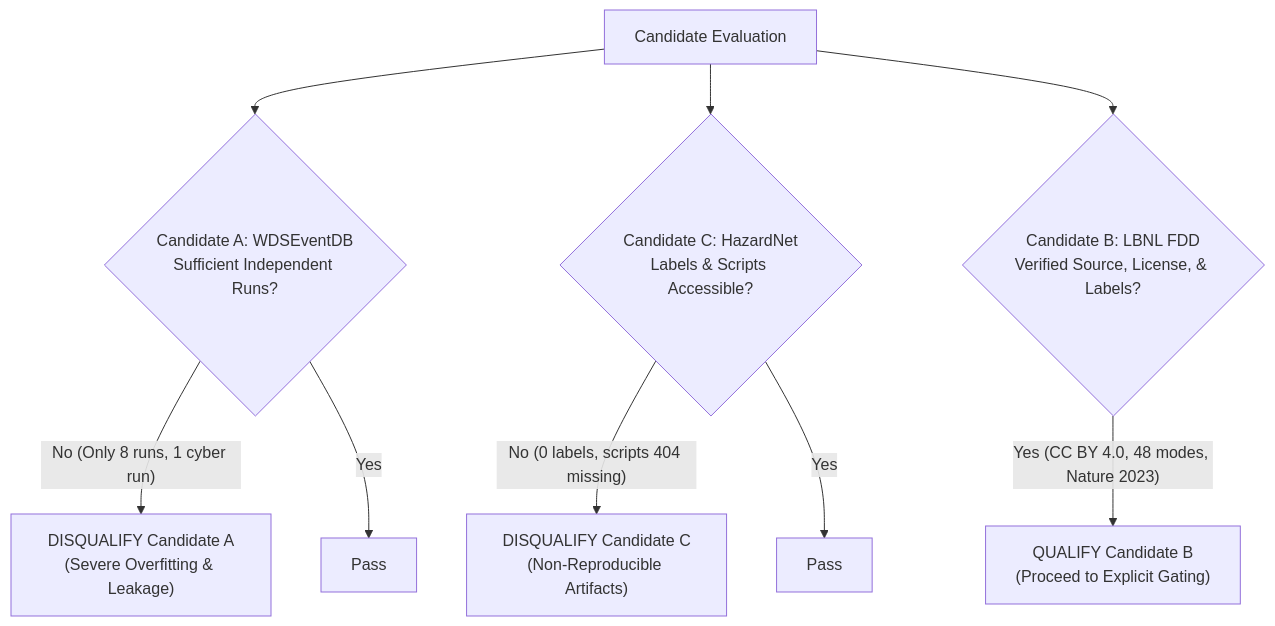
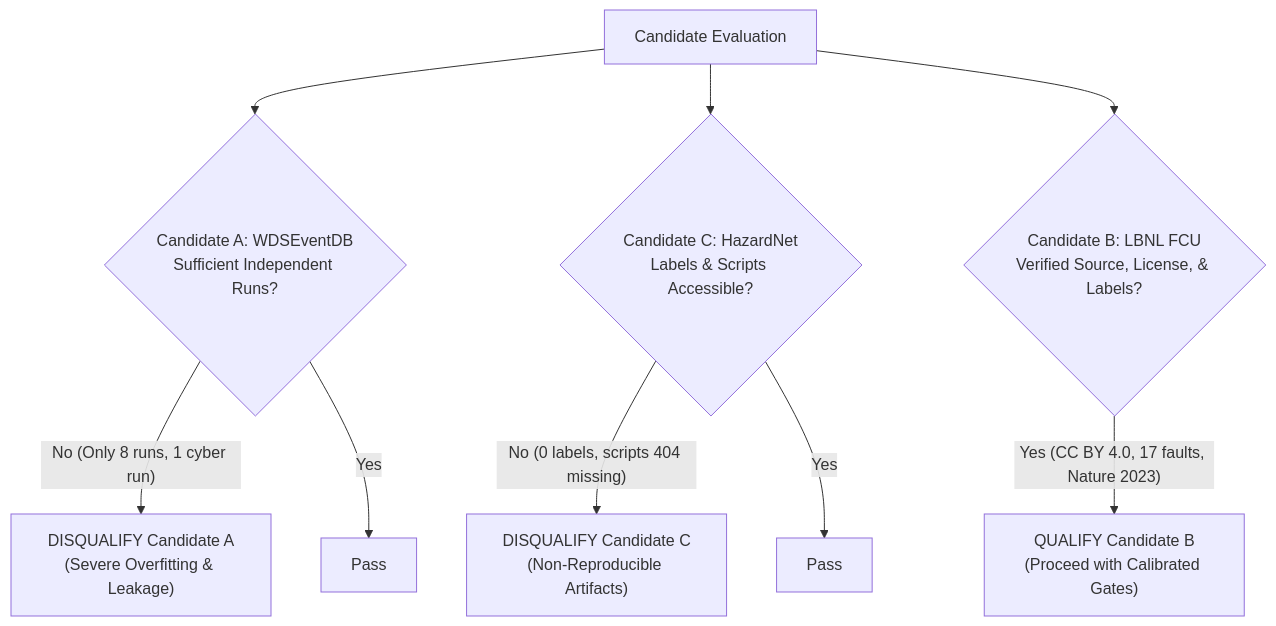
The diagram in validation/research/candidate_comparison.md (nayanojwal0810/Yantra---Industrial-Anomaly-Detection-Monitoring), drawn with Mermaid before and after one commit. The commit also changed other lines of this file and 30 other files, not shown here.

````diff
--- a/validation/research/candidate_comparison.md
+++ b/validation/research/candidate_comparison.md
@@ -76,13 +76,13 @@
 ```mermaid
 graph TD
     Start["Candidate Evaluation"] --> A_Check{"Candidate A: WDSEventDB<br>Sufficient Independent Runs?"}
     A_Check -- "No (Only 8 runs, 1 cyber run)" --> A_Fail["DISQUALIFY Candidate A<br>(Severe Overfitting & Leakage)"]
     A_Check -- Yes --> A_Pass["Pass"]
 
     Start --> C_Check{"Candidate C: HazardNet<br>Labels & Scripts Accessible?"}
     C_Check -- "No (0 labels, scripts 404 missing)" --> C_Fail["DISQUALIFY Candidate C<br>(Non-Reproducible Artifacts)"]
     C_Check -- Yes --> C_Pass["Pass"]
 
-    Start --> B_Check{"Candidate B: LBNL FDD<br>Verified Source, License, & Labels?"}
-    B_Check -- "Yes (CC BY 4.0, 48 modes, Nature 2023)" --> B_Pass["QUALIFY Candidate B<br>(Proceed to Explicit Gating)"]
+    Start --> B_Check{"Candidate B: LBNL FCU<br>Verified Source, License, & Labels?"}
+    B_Check -- "Yes (CC BY 4.0, 17 faults, Nature 2023)" --> B_Pass["QUALIFY Candidate B<br>(Proceed with Calibrated Gates)"]
 ```
````
